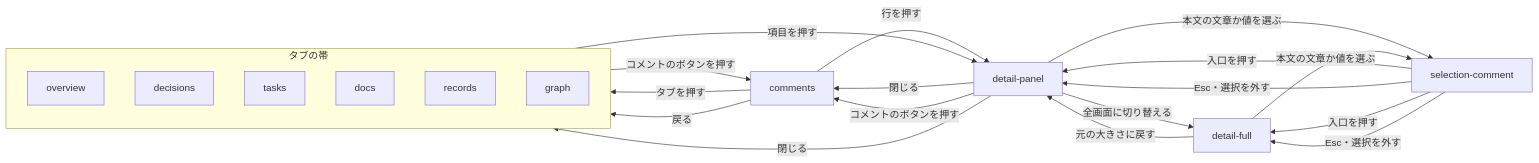
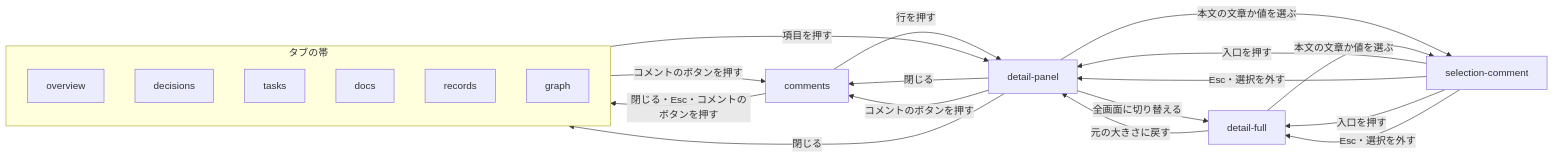
One commit to shuhei1101/mindstella changed the diagram in dev/pr/78/プレビュー.md. Above: the diagram before and after it, drawn with Mermaid. The commit also changed other lines of this file and 1 other file, not shown here.

````diff
--- a/dev/pr/78/プレビュー.md
+++ b/dev/pr/78/プレビュー.md
@@ -95,27 +95,26 @@
 ```mermaid
 flowchart LR
   subgraph TABS[タブの帯]
     OV[overview]
     DE[decisions]
     TA[tasks]
     DO[docs]
     RE[records]
     GR[graph]
   end
   TABS -->|コメントのボタンを押す| CM[comments]
-  CM -->|タブを押す| TABS
-  CM -->|戻る| TABS
+  CM -->|閉じる・Esc・コメントのボタンを押す| TABS
   CM -->|行を押す| DP[detail-panel]
   DP -->|閉じる| CM
   DP -->|コメントのボタンを押す| CM
   TABS -->|項目を押す| DP
   DP -->|閉じる| TABS
   DP -->|全画面に切り替える| DF[detail-full]
   DF -->|元の大きさに戻す| DP
   DP -->|本文の文章か値を選ぶ| SC[selection-comment]
   SC -->|入口を押す| DP
   SC -->|Esc・選択を外す| DP
   DF -->|本文の文章か値を選ぶ| SC
   SC -->|入口を押す| DF
   SC -->|Esc・選択を外す| DF
 ```
````
